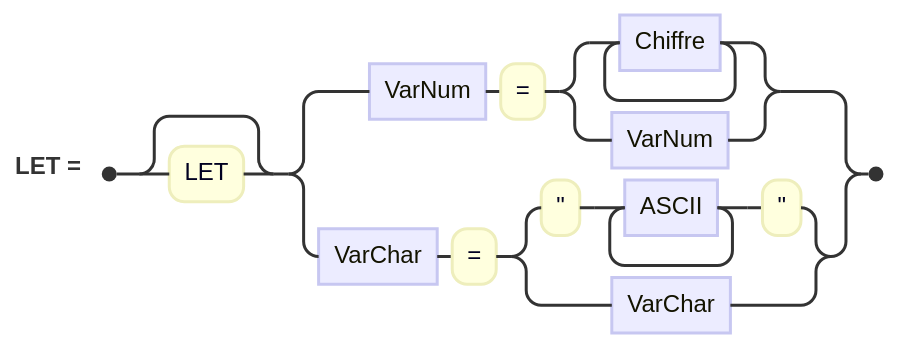
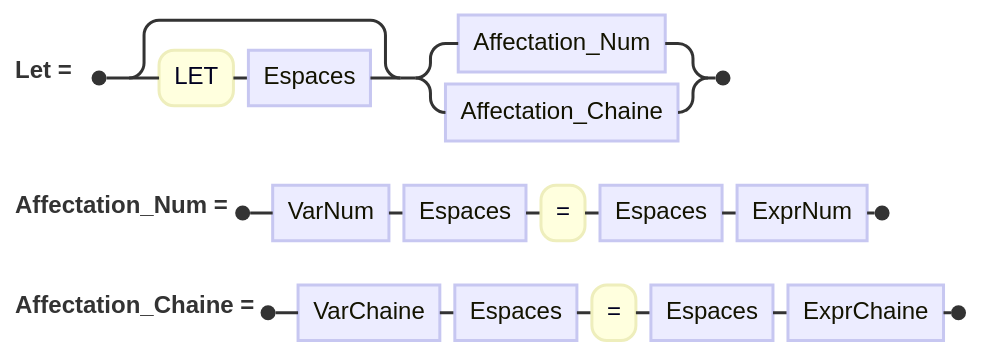
The ninth of 10 diagrams in library/books/SyntaxeDuBasic.md (VFD/SanyoPHC25), drawn with Mermaid before and after one commit.

````diff
--- a/library/books/SyntaxeDuBasic.md
+++ b/library/books/SyntaxeDuBasic.md
@@ -141,6 +141,11 @@
 ```mermaid
 railroad-peg-beta
 
-LET <- "LET"? ( ( VarNum "=" ( Chiffre+ / VarNum ) ) / ( VarChar "=" (( '"' ASCII+ '"' ) / ( VarChar )) ) );
+
+Let <- ("LET" Espaces)? (Affectation_Num / Affectation_Chaine) ;
+
+Affectation_Num <- VarNum Espaces "=" Espaces ExprNum ;
+
+Affectation_Chaine <- VarChaine Espaces "=" Espaces ExprChaine ;
 
 ```
````
